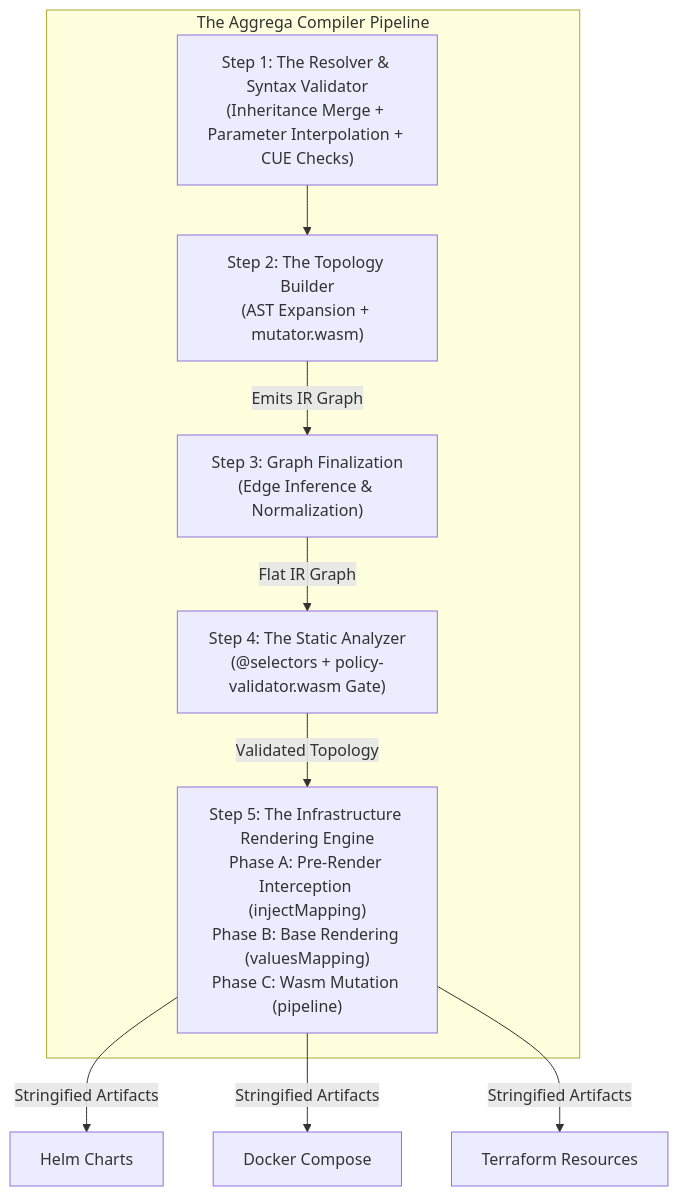
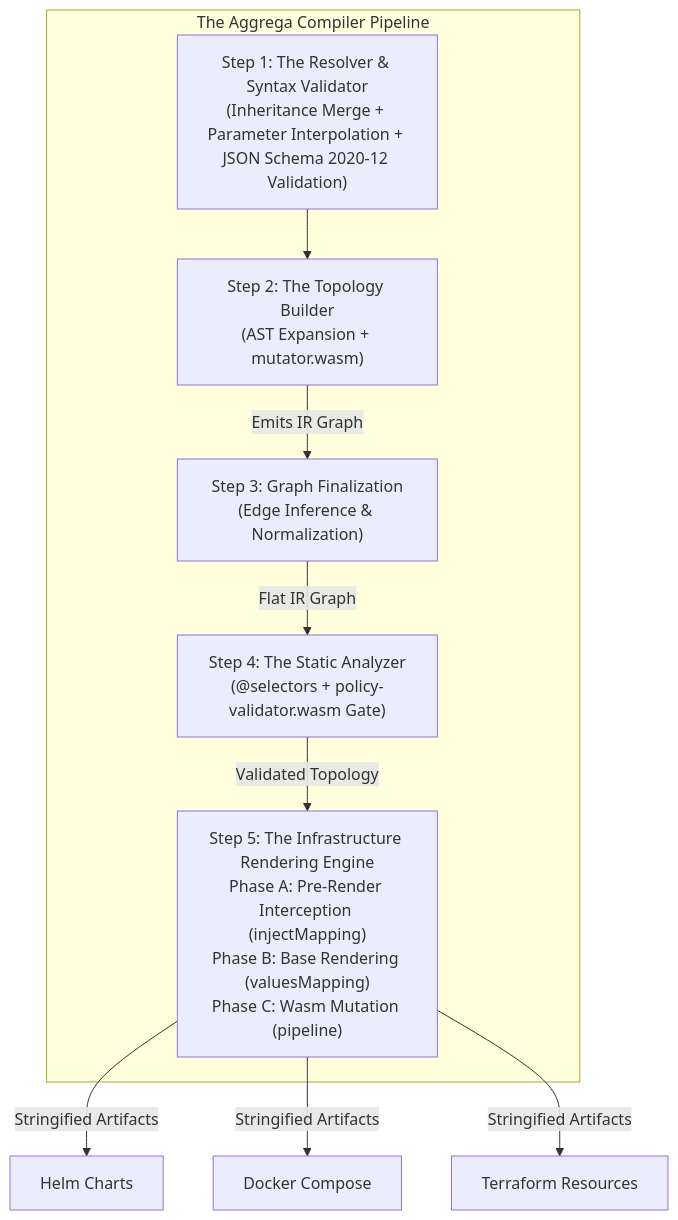
Before and after one commit to aggrega-ai/aggrega-docs: the diagram in architecture/10-compilation-pipeline.md, drawn with Mermaid. The commit also changed other lines of this file and 2 other files, not shown here.

Commit message:
docs(architecture): integrate validator pipeline summary, narrowing-as-publishing-discipline content, annotation prefix discipline, and determinism preservation

````diff
--- a/architecture/10-compilation-pipeline.md
+++ b/architecture/10-compilation-pipeline.md
@@ -52,16 +52,16 @@
 ```mermaid
 graph TD
     subgraph CLI_Orchestrator ["The Aggrega Compiler Pipeline"]
-        A["Step 1: The Resolver & Syntax Validator<br/>(Inheritance Merge + Parameter Interpolation + CUE Checks)"] --> B["Step 2: The Topology Builder<br/>(AST Expansion + mutator.wasm)"]
+        A["Step 1: The Resolver & Syntax Validator<br/>(Inheritance Merge + Parameter Interpolation + JSON Schema 2020-12 Validation)"] --> B["Step 2: The Topology Builder<br/>(AST Expansion + mutator.wasm)"]
         
         B -->|"Emits IR Graph"| C["Step 3: Graph Finalization<br/>(Edge Inference & Normalization)"]
         
         C -->|"Flat IR Graph"| D["Step 4: The Static Analyzer<br/>(@selectors + policy-validator.wasm Gate)"]
         
         D -->|"Validated Topology"| E["Step 5: The Infrastructure Rendering Engine<br/>Phase A: Pre-Render Interception (injectMapping)<br/>Phase B: Base Rendering (valuesMapping)<br/>Phase C: Wasm Mutation (pipeline)"]
     end
     
     E -->|"Stringified Artifacts"| F["Helm Charts"]
     E -->|"Stringified Artifacts"| G["Docker Compose"]
     E -->|"Stringified Artifacts"| H["Terraform Resources"]
 ```
````
